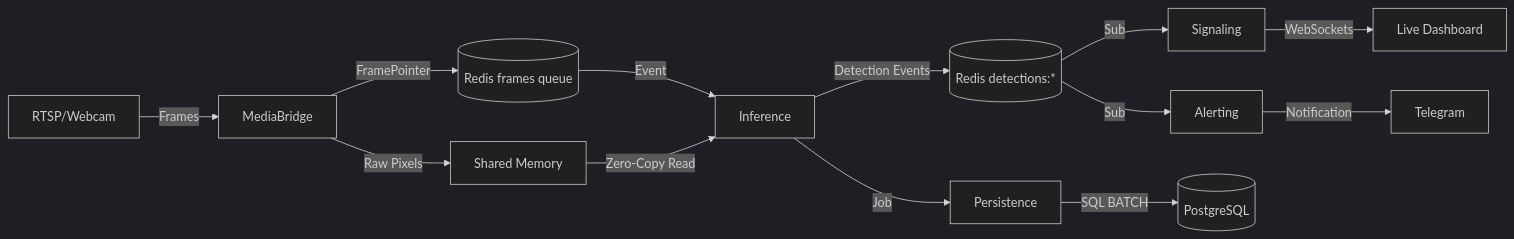
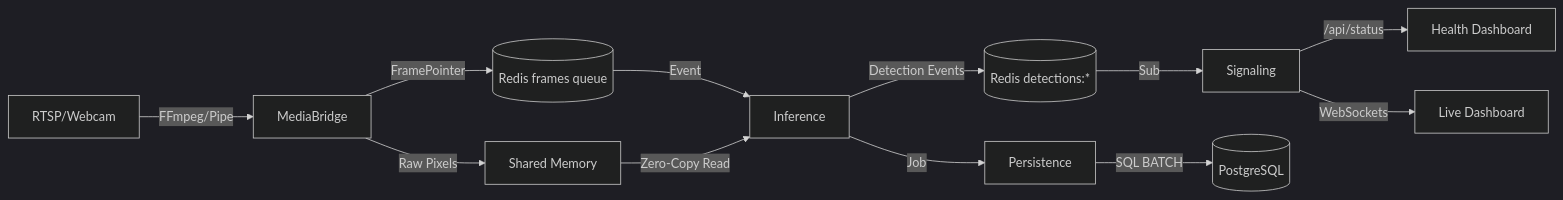
One commit to Premaramkarthik/Ai-Intelligence-Theft-Detection changed the diagram in backend/docs/backend_architecture.md. Above: the diagram before and after it, drawn with Mermaid (dark theme). The commit also changed other lines of this file and 21 other files, not shown here.

````diff
--- a/backend/docs/backend_architecture.md
+++ b/backend/docs/backend_architecture.md
@@ -13,15 +13,14 @@
 ```mermaid
 graph LR
-    Camera[RTSP/Webcam] -- Frames --> MB[MediaBridge]
+    Camera[RTSP/Webcam] -- FFmpeg/Pipe --> MB[MediaBridge]
     MB -- Raw Pixels --> SHM[Shared Memory]
     MB -- FramePointer --> Redis[(Redis frames queue)]
     Redis -- Event --> INF[Inference]
     SHM -- Zero-Copy Read --> INF
     INF -- Detection Events --> R_DET[(Redis detections:*)]
     R_DET -- Sub --> SIG[Signaling]
-    R_DET -- Sub --> ALT[Alerting]
+    SIG -- /api/status --> Monitor[Health Dashboard]
     SIG -- WebSockets --> UI[Live Dashboard]
-    ALT -- Notification --> TG[Telegram]
     INF -- Job --> PER[Persistence]
     PER -- SQL BATCH --> DB[(PostgreSQL)]
 ```
````
